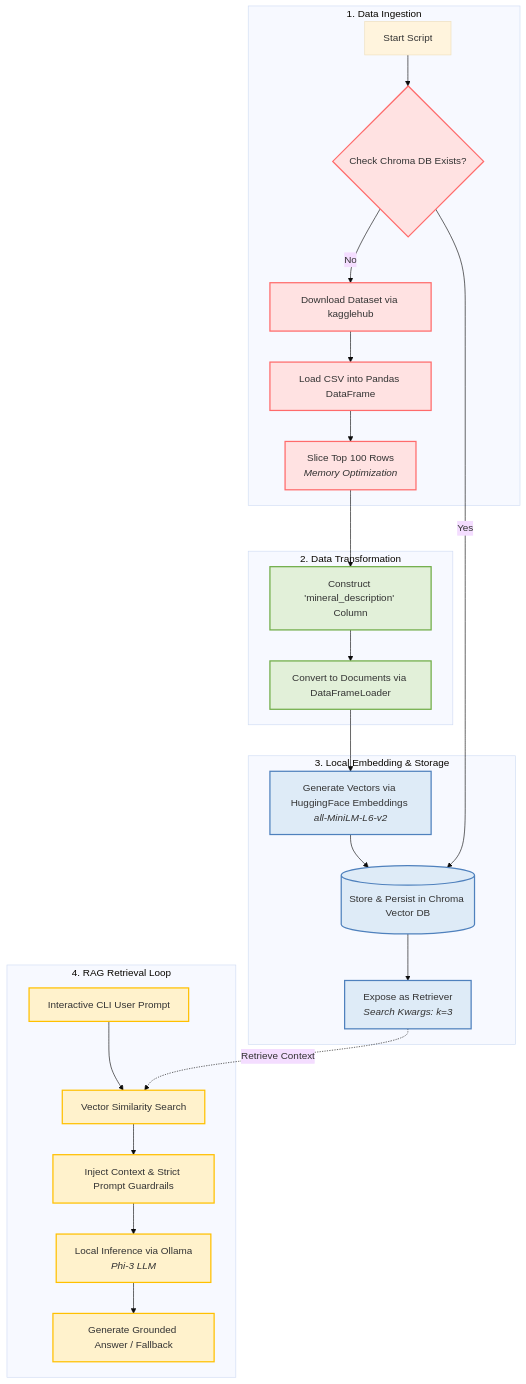
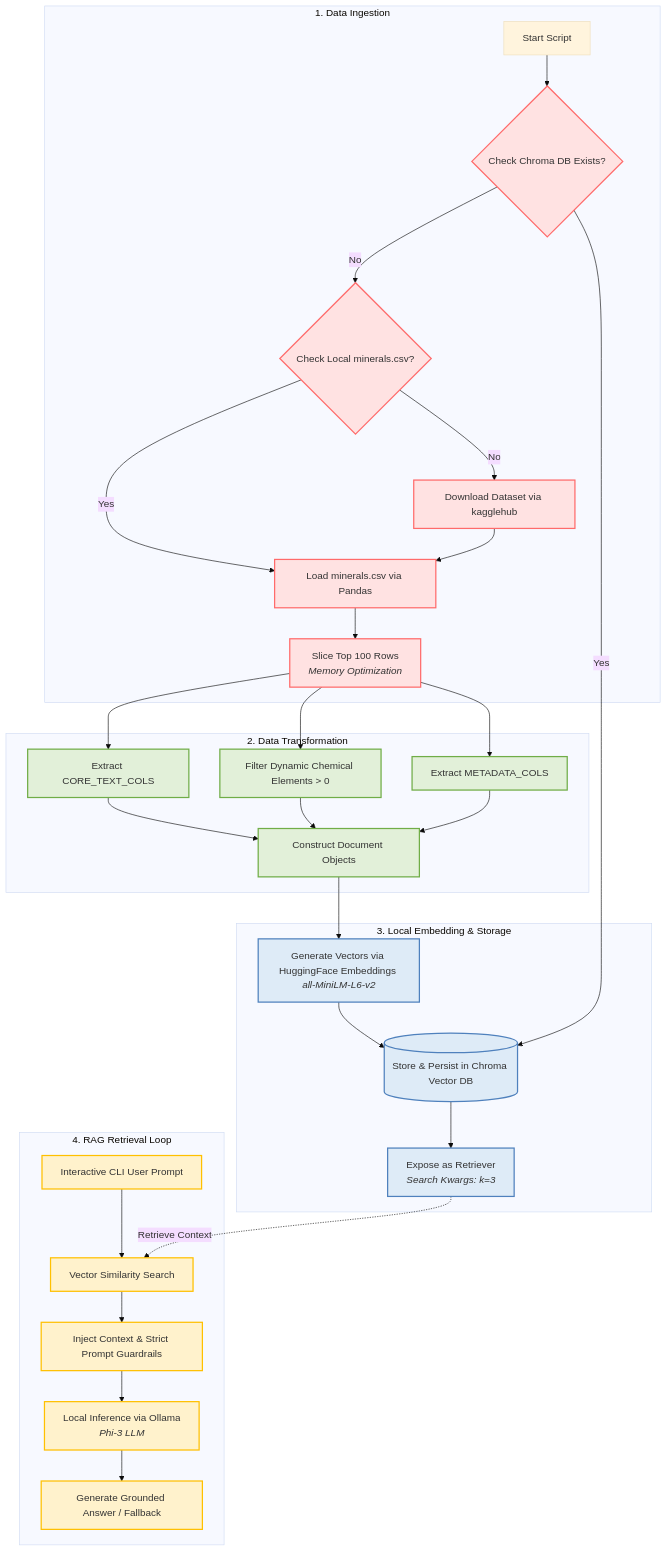
One commit to laura-chou/mineral-rag changed the diagram in README.md. Above: the diagram before and after it, drawn with Mermaid (base theme). The commit also changed other lines of this file and 1 other file, not shown here.

Commit message:
Refactor app.py to construct Document objects manually with categorized columns and dynamic composition filtering

````diff
--- a/README.md
+++ b/README.md
@@ -42,43 +43,49 @@
 ```mermaid
 graph TD
     %% System Styles
     classDef Ingestion fill:#FFE2E2,stroke:#FF6B6B,stroke-width:2px;
     classDef Transformation fill:#E2F0D9,stroke:#70AD47,stroke-width:2px;
     classDef Storage fill:#DEEBF7,stroke:#4F81BD,stroke-width:2px;
     classDef Inference fill:#FFF2CC,stroke:#FFC000,stroke-width:2px;
 
     %% Stage 1: Data Ingestion
     subgraph S1 [1. Data Ingestion]
         A[Start Script] --> B{Check Chroma DB Exists?}
-        B -- No --> C[Download Dataset via kagglehub]
-        C --> D[Load CSV into Pandas DataFrame]
-        D --> E[Slice Top 100 Rows <br><i>Memory Optimization</i>]
+        B -- No --> C{Check Local minerals.csv?}
+        C -- Yes --> D[Load minerals.csv via Pandas]
+        C -- No --> E[Download Dataset via kagglehub]
+        E --> D
+        D --> F[Slice Top 100 Rows <br><i>Memory Optimization</i>]
     end
-    class B,C,D,E Ingestion;
+    class B,C,D,E,F Ingestion;
 
     %% Stage 2: Data Transformation
     subgraph S2 [2. Data Transformation]
-        E --> F[Construct 'mineral_description' Column]
-        F --> G[Convert to Documents via DataFrameLoader]
+        F --> G[Extract CORE_TEXT_COLS]
+        F --> H[Filter Dynamic Chemical Elements > 0]
+        F --> I[Extract METADATA_COLS]
+        G --> J[Construct Document Objects]
+        H --> J
+        I --> J
     end
-    class F,G Transformation;
+    class G,H,I,J Transformation;
 
     %% Stage 3: Local Embedding & Storage
     subgraph S3 [3. Local Embedding & Storage]
-        G --> H[Generate Vectors via HuggingFace Embeddings <br><i>all-MiniLM-L6-v2</i>]
-        H --> I[(Store & Persist in Chroma Vector DB)]
-        B -- Yes --> I
-        I --> J[Expose as Retriever <br><i>Search Kwargs: k=3</i>]
+        J --> K[Generate Vectors via HuggingFace Embeddings <br><i>all-MiniLM-L6-v2</i>]
+        K --> L[(Store & Persist in Chroma Vector DB)]
+        B -- Yes --> L
+        L --> M[Expose as Retriever <br><i>Search Kwargs: k=3</i>]
     end
-    class H,I,J Storage;
+    class K,L,M Storage;
 
     %% Stage 4: RAG Retrieval & Inference
     subgraph S4 [4. RAG Retrieval Loop]
-        K[Interactive CLI User Prompt] --> L[Vector Similarity Search]
-        J -.->|Retrieve Context| L
-        L --> M[Inject Context & Strict Prompt Guardrails]
-        M --> N[Local Inference via Ollama <br><i>Phi-3 LLM</i>]
-        N --> O[Generate Grounded Answer / Fallback]
+        N[Interactive CLI User Prompt] --> O[Vector Similarity Search]
+        M -.->|Retrieve Context| O
+        O --> P[Inject Context & Strict Prompt Guardrails]
+        P --> Q[Local Inference via Ollama <br><i>Phi-3 LLM</i>]
+        Q --> R[Generate Grounded Answer / Fallback]
     end
-    class K,L,M,N,O Inference;
+    class N,O,P,Q,R Inference;
 ```
````
